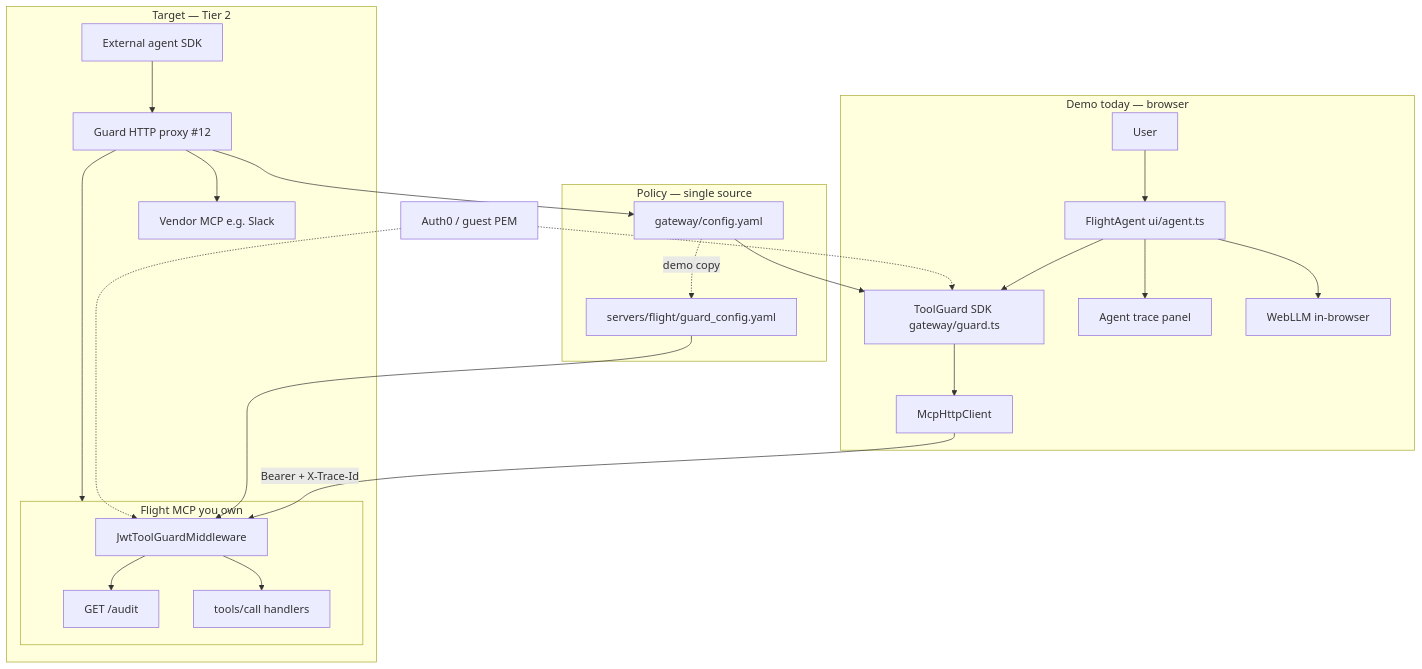
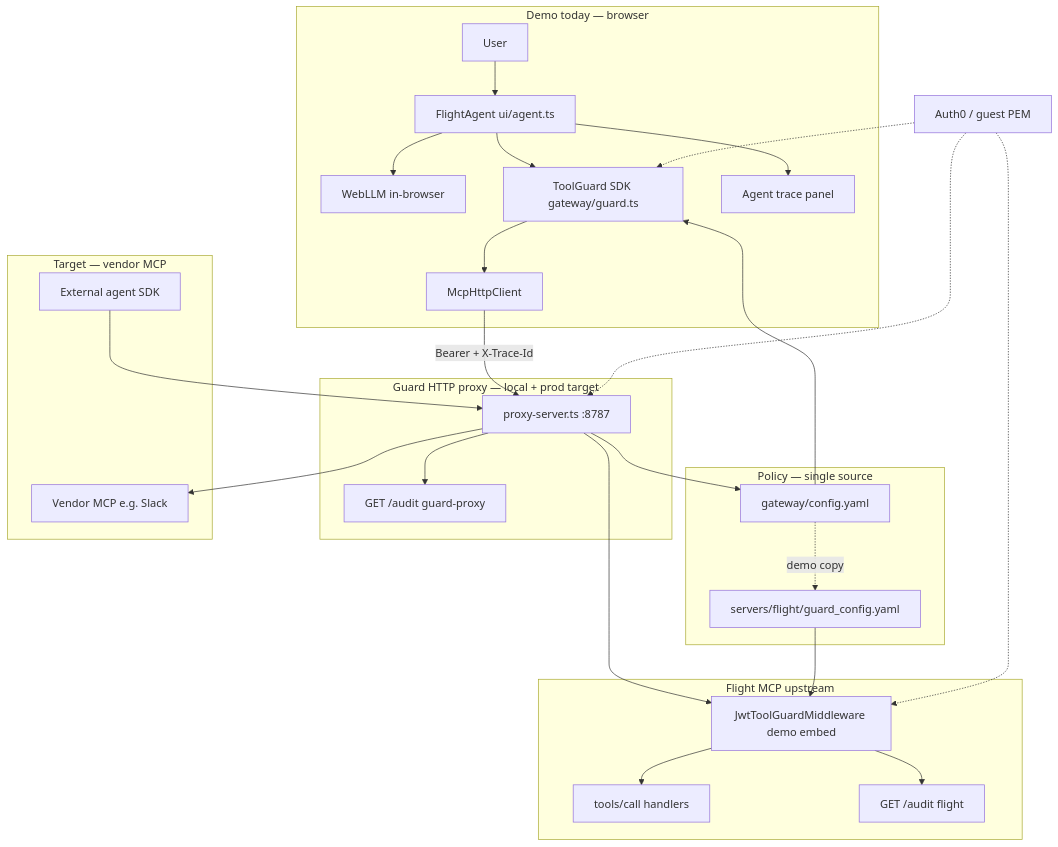
Before and after one commit to peterkrentel/mcp-tool-guard: the first of 4 diagrams in docs/ARCHITECTURE.md, drawn with Mermaid. The commit also changed other lines of this file and 7 other files, not shown here.

````diff
--- a/docs/ARCHITECTURE.md
+++ b/docs/ARCHITECTURE.md
@@ -11,42 +11,51 @@
 ```mermaid
 flowchart TB
   subgraph demo ["Demo today — browser"]
     User[User]
     WebLLM[WebLLM in-browser]
     Agent[FlightAgent ui/agent.ts]
     TG[ToolGuard SDK gateway/guard.ts]
     Trace[Agent trace panel]
     MCPc[McpHttpClient]
     User --> Agent
     Agent --> WebLLM
     Agent --> Trace
     Agent --> TG
     TG --> MCPc
   end
 
   subgraph policy ["Policy — single source"]
     YAML[gateway/config.yaml]
     YAML --> TG
     YAML -.->|demo copy| FlightYaml[servers/flight/guard_config.yaml]
   end
 
-  subgraph flight ["Flight MCP you own"]
-    MCPc -->|Bearer + X-Trace-Id| MW[JwtToolGuardMiddleware]
-    MW --> Tools[tools/call handlers]
-    MW --> AuditAPI[GET /audit]
+  subgraph proxy ["Guard HTTP proxy — local + prod target"]
+    Proxy[proxy-server.ts :8787]
+    ProxyAudit[GET /audit guard-proxy]
+    MCPc -->|Bearer + X-Trace-Id| Proxy
+    Proxy --> YAML
+    Proxy --> ProxyAudit
+  end
+
+  subgraph flight ["Flight MCP upstream"]
+    MW[JwtToolGuardMiddleware demo embed]
+    Tools[tools/call handlers]
+    FlightAudit[GET /audit flight]
+    Proxy --> MW
+    MW --> Tools
+    MW --> FlightAudit
     FlightYaml --> MW
   end
 
-  subgraph future ["Target — Tier 2"]
-    Proxy[Guard HTTP proxy #12]
+  subgraph vendor ["Target — vendor MCP"]
     Vendor[Vendor MCP e.g. Slack]
     ExtAgent[External agent SDK]
     ExtAgent --> Proxy
-    Proxy --> YAML
-    Proxy --> flight
     Proxy --> Vendor
   end
 
   IdP[Auth0 / guest PEM] -.-> TG
+  IdP -.-> Proxy
   IdP -.-> MW
 ```
````
